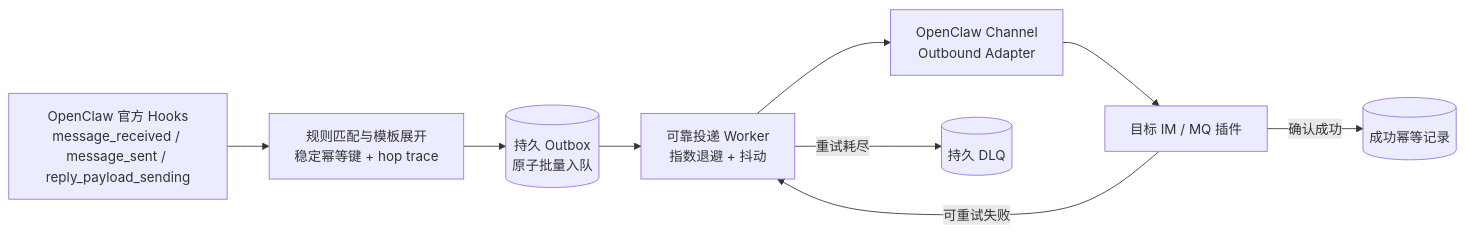
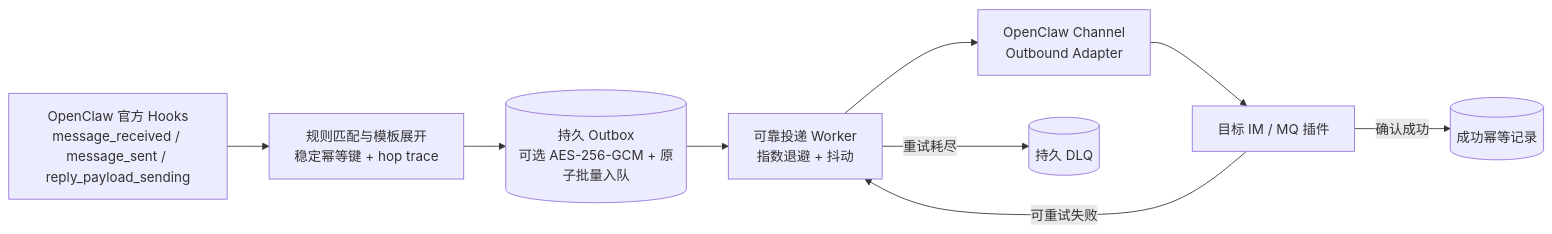
Before and after one commit to partme-ai/openclaw-plugins: the first of 2 diagrams in extensions/router/README.zh-CN.md, drawn with Mermaid. The commit also changed other lines of this file and 14 other files, not shown here.

````diff
--- a/extensions/router/README.zh-CN.md
+++ b/extensions/router/README.zh-CN.md
@@ -54,16 +54,16 @@
 ```mermaid
 flowchart LR
     Hooks["OpenClaw 官方 Hooks<br/>message_received / message_sent / reply_payload_sending"]
     Match["规则匹配与模板展开<br/>稳定幂等键 + hop trace"]
-    Outbox[("持久 Outbox<br/>原子批量入队")]
+    Outbox[("持久 Outbox<br/>可选 AES-256-GCM + 原子批量入队")]
     Worker["可靠投递 Worker<br/>指数退避 + 抖动"]
     Adapter["OpenClaw Channel<br/>Outbound Adapter"]
     Target["目标 IM / MQ 插件"]
     Dedupe[("成功幂等记录")]
     DLQ[("持久 DLQ")]
 
     Hooks --> Match --> Outbox --> Worker --> Adapter --> Target
     Target -->|"确认成功"| Dedupe
     Target -->|"可重试失败"| Worker
     Worker -->|"重试耗尽"| DLQ
 ```
````
